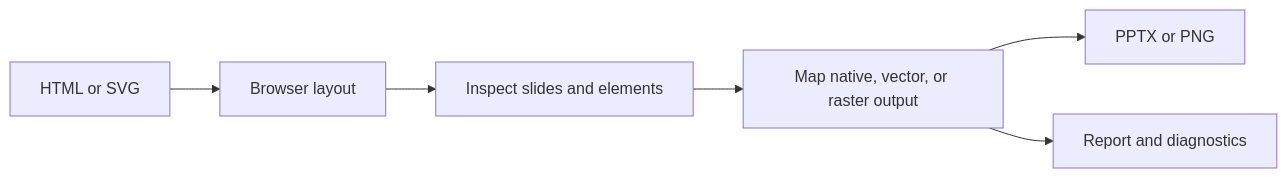
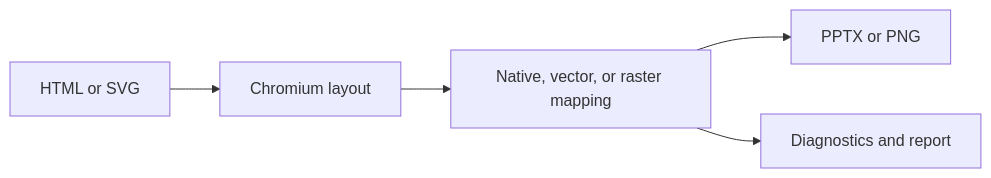
The diagram in docs/deckhtml/overview.mdx (kobebryantwt/deckhtml), drawn with Mermaid before and after one commit. The commit also changed other lines of this file and 74 other files, not shown here.

````diff
--- a/docs/deckhtml/overview.mdx
+++ b/docs/deckhtml/overview.mdx
@@ -9,8 +18,7 @@
 ```mermaid
 flowchart LR
-  H["HTML or SVG"] --> B["Browser layout"]
-  B --> I["Inspect slides and elements"]
-  I --> M["Map native, vector, or raster output"]
-  M --> O["PPTX or PNG"]
-  M --> R["Report and diagnostics"]
+  H["HTML or SVG"] --> B["Chromium layout"]
+  B --> M["Native, vector, or raster mapping"]
+  M --> P["PPTX or PNG"]
+  M --> R["Diagnostics and report"]
 ```
````
